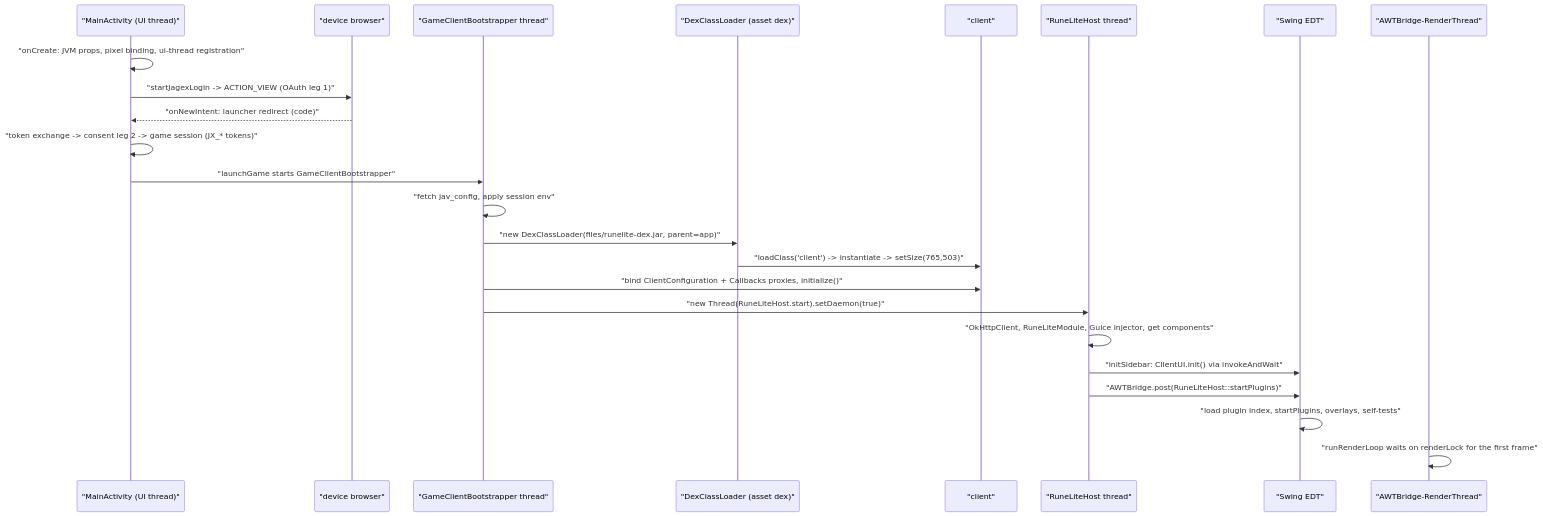
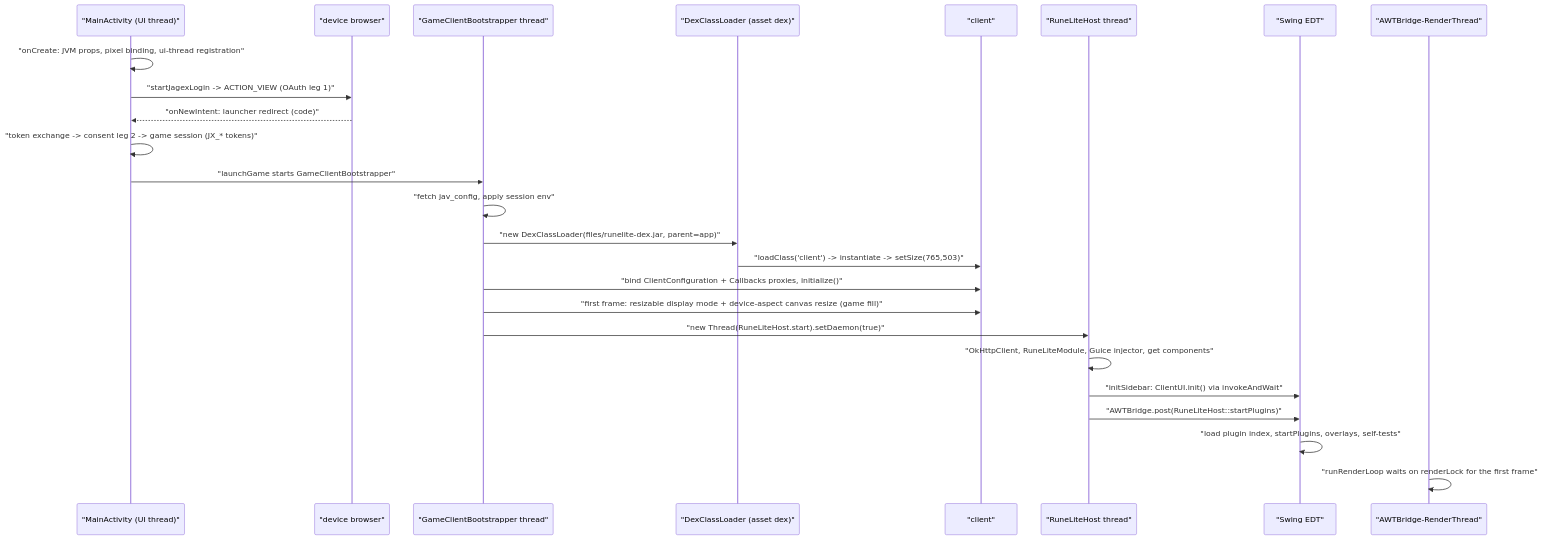
Before and after one commit to eshahrabani/runelite-mobile: the second of 2 diagrams in docs/architecture.md, drawn with Mermaid. The commit also changed other lines of this file and 12 other files, not shown here.

````diff
--- a/docs/architecture.md
+++ b/docs/architecture.md
@@ -121,26 +121,27 @@
 ```mermaid
 sequenceDiagram
   participant A as "MainActivity (UI thread)"
   participant B as "device browser"
   participant S as "GameClientBootstrapper thread"
   participant D as "DexClassLoader (asset dex)"
   participant C as "client"
   participant H as "RuneLiteHost thread"
   participant U as "Swing EDT"
   participant R as "AWTBridge-RenderThread"
   A->>A: "onCreate: JVM props, pixel binding, ui-thread registration"
   A->>B: "startJagexLogin -> ACTION_VIEW (OAuth leg 1)"
   B-->>A: "onNewIntent: launcher redirect (code)"
   A->>A: "token exchange -> consent leg 2 -> game session (JX_* tokens)"
   A->>S: "launchGame starts GameClientBootstrapper"
   S->>S: "fetch jav_config, apply session env"
   S->>D: "new DexClassLoader(files/runelite-dex.jar, parent=app)"
   D->>C: "loadClass('client') -> instantiate -> setSize(765,503)"
   S->>C: "bind ClientConfiguration + Callbacks proxies, initialize()"
+  S->>C: "first frame: resizable display mode + device-aspect canvas resize (game fill)"
   S->>H: "new Thread(RuneLiteHost.start).setDaemon(true)"
   H->>H: "OkHttpClient, RuneLiteModule, Guice injector, get components"
   H->>U: "initSidebar: ClientUI.init() via invokeAndWait"
   H->>U: "AWTBridge.post(RuneLiteHost::startPlugins)"
   U->>U: "load plugin index, startPlugins, overlays, self-tests"
   R->>R: "runRenderLoop waits on renderLock for the first frame"
 ```
````
